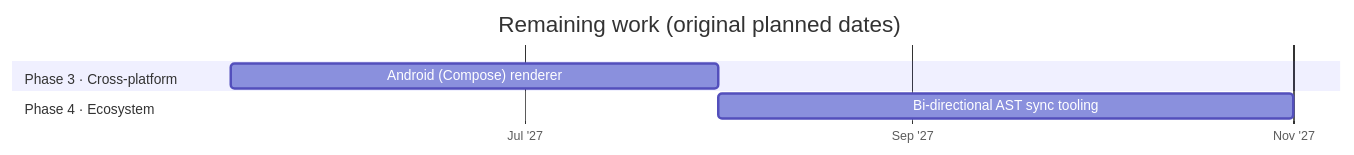
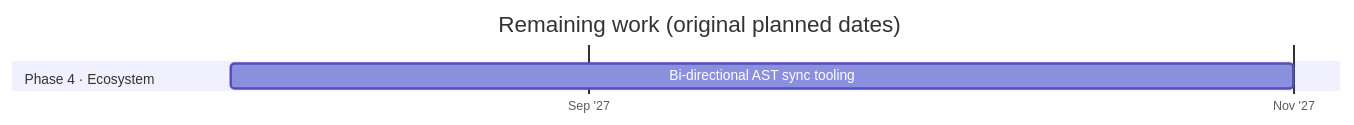
The diagram in docs/ROADMAP.md (jdsouza1/omni-ir), drawn with Mermaid before and after one commit. The commit also changed other lines of this file and 6 other files, not shown here.

First line of the commit message:
docs(android): three reference renderers, Android README, roadmap and plan (Android plan, task F)

````diff
--- a/docs/ROADMAP.md
+++ b/docs/ROADMAP.md
@@ -23,15 +24,12 @@
 ```mermaid
 %%{init: {"gantt": {"leftPadding": 175}}}%%
 gantt
     title Remaining work (original planned dates)
     dateFormat YYYY-MM-DD
     axisFormat %b '%y
     tickInterval 2month
     todayMarker off
 
-    section Phase 3 · Cross-platform
-    Android (Compose) renderer :p5, 2027-05-15, 2027-08-01
-
     section Phase 4 · Ecosystem
     Bi-directional AST sync tooling :p6, 2027-08-01, 2027-11-01
 ```
````
